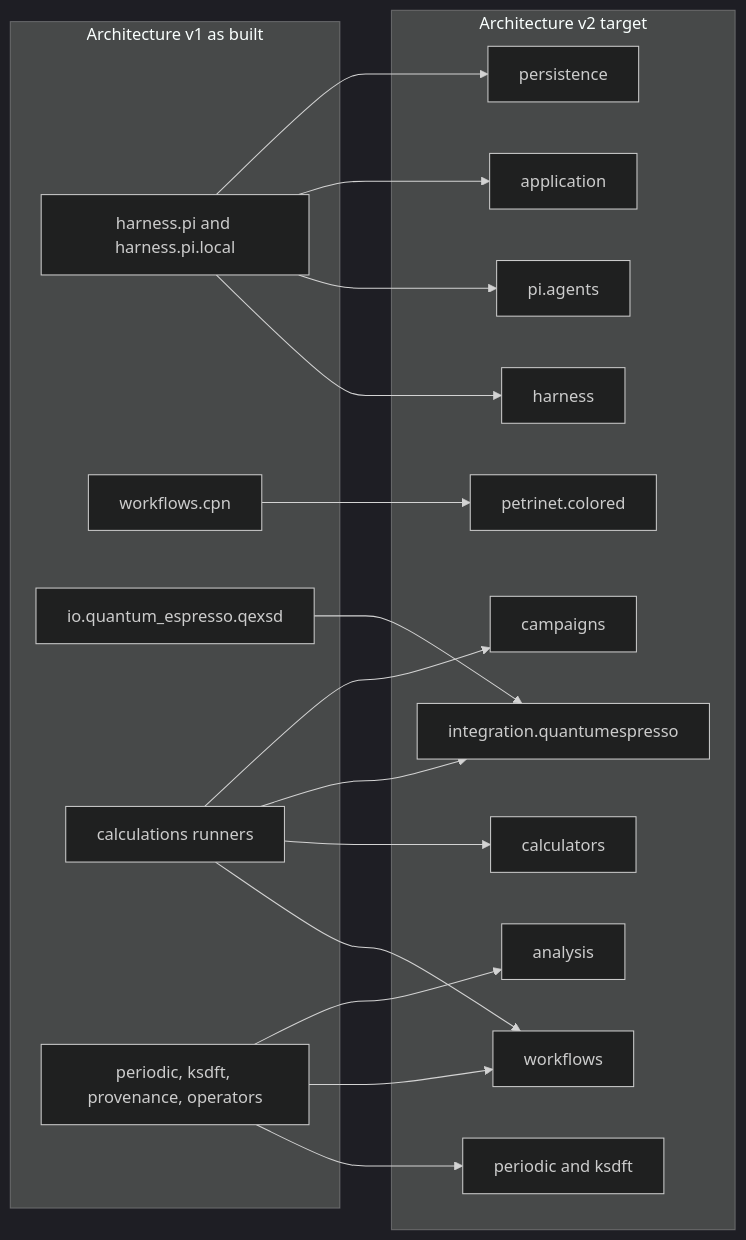
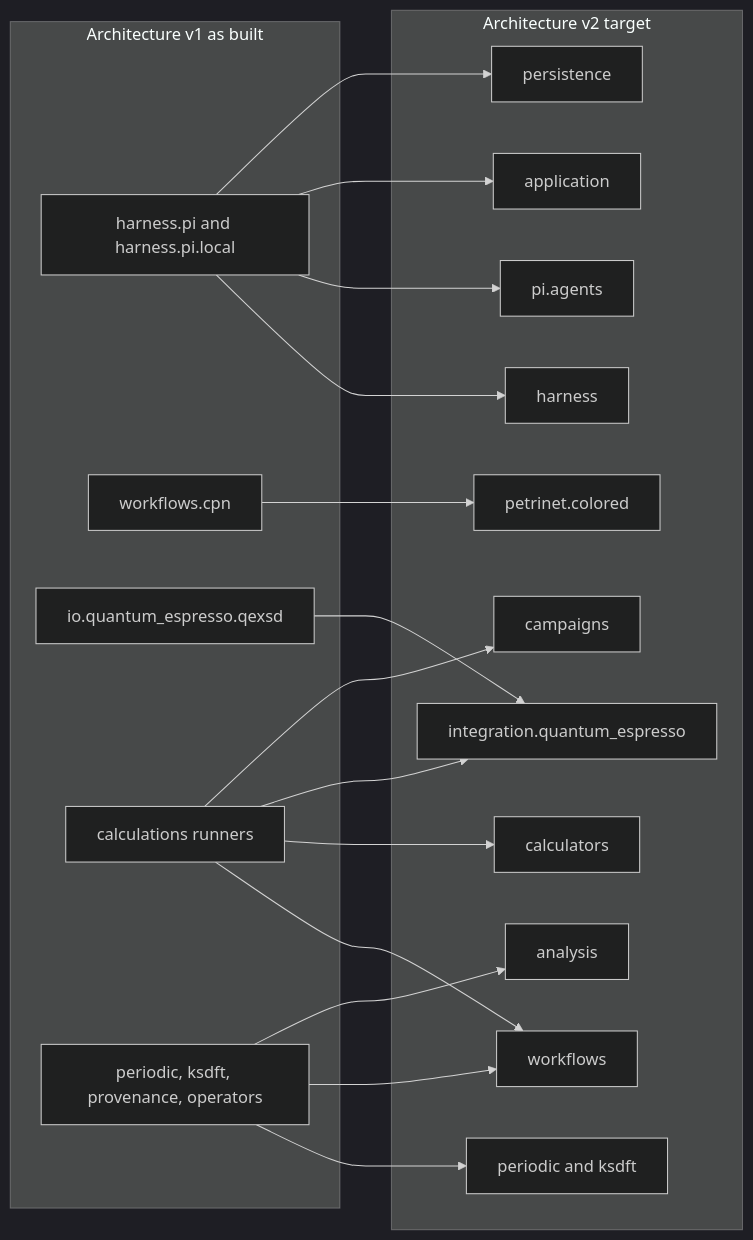
One commit to eragasa/ksdft2effmass changed the first of 3 diagrams in docs/architecture/migration/v1-to-v2/package-module-crosswalk.md. Above: the diagram before and after it, drawn with Mermaid (dark theme). The commit also changed other lines of this file and 119 other files, not shown here.

Commit message:
Complete Quantum ESPRESSO integration boundary

````diff
--- a/docs/architecture/migration/v1-to-v2/package-module-crosswalk.md
+++ b/docs/architecture/migration/v1-to-v2/package-module-crosswalk.md
@@ -18,38 +18,38 @@
 ```mermaid
 flowchart LR
     subgraph v1["Architecture v1 as built"]
         v1_harness["harness.pi and harness.pi.local"]
         v1_cpn["workflows.cpn"]
         v1_qe["io.quantum_espresso.qexsd"]
         v1_runs["calculations runners"]
         v1_records["periodic, ksdft, provenance, operators"]
     end
 
     subgraph v2["Architecture v2 target"]
         v2_harness["harness"]
         v2_pi["pi.agents"]
         v2_app["application"]
         v2_store["persistence"]
         v2_petri["petrinet.colored"]
         v2_workflows["workflows"]
         v2_calculators["calculators"]
-        v2_integration["integration.quantumespresso"]
+        v2_integration["integration.quantum_espresso"]
         v2_campaigns["campaigns"]
         v2_records["periodic and ksdft"]
         v2_analysis["analysis"]
     end
 
     v1_harness --> v2_harness
     v1_harness --> v2_pi
     v1_harness --> v2_app
     v1_harness --> v2_store
     v1_cpn --> v2_petri
     v1_runs --> v2_workflows
     v1_runs --> v2_calculators
     v1_runs --> v2_integration
     v1_runs --> v2_campaigns
     v1_qe --> v2_integration
     v1_records --> v2_records
     v1_records --> v2_workflows
     v1_records --> v2_analysis
 ```
````
